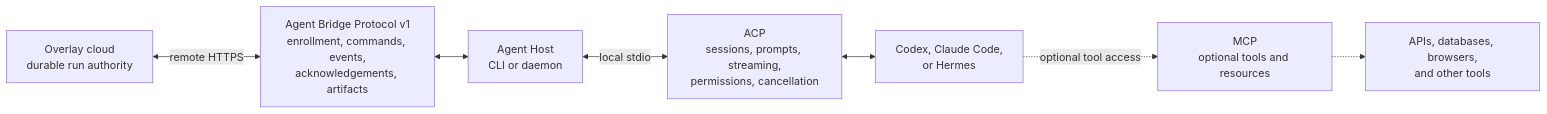
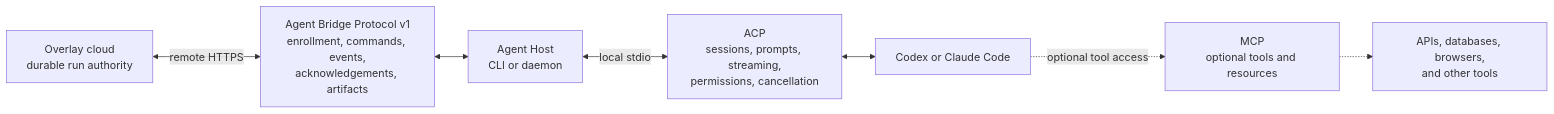
The third of 8 diagrams in internal/develop/bring-your-own-agents.md (LayerNorm/overlay-web), drawn with Mermaid before and after one commit. The commit also changed other lines of this file and 61 other files, not shown here.

````diff
--- a/internal/develop/bring-your-own-agents.md
+++ b/internal/develop/bring-your-own-agents.md
@@ -782,17 +790,17 @@
 ```mermaid
 flowchart LR
     Overlay["Overlay cloud<br/>durable run authority"]
     Bridge["Agent Bridge Protocol v1<br/>enrollment, commands, events,<br/>acknowledgements, artifacts"]
     Host["Agent Host<br/>CLI or daemon"]
     ACP["ACP<br/>sessions, prompts, streaming,<br/>permissions, cancellation"]
-    Harness["Codex, Claude Code,<br/>or Hermes"]
+    Harness["Codex or Claude Code"]
     MCP["MCP<br/>optional tools and resources"]
     Tools["APIs, databases, browsers,<br/>and other tools"]
 
     Overlay <-->|"remote HTTPS"| Bridge
     Bridge <--> Host
     Host <-->|"local stdio"| ACP
     ACP <--> Harness
     Harness -.->|"optional tool access"| MCP
     MCP -.-> Tools
 ```
````
